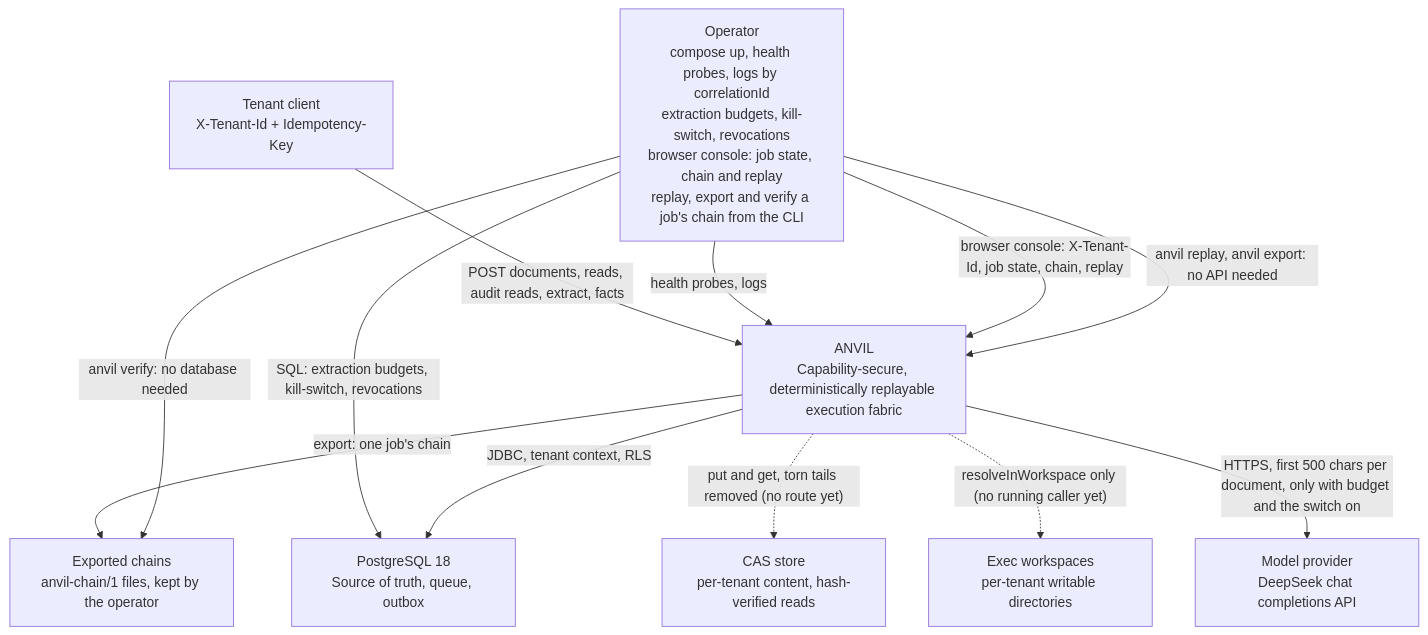
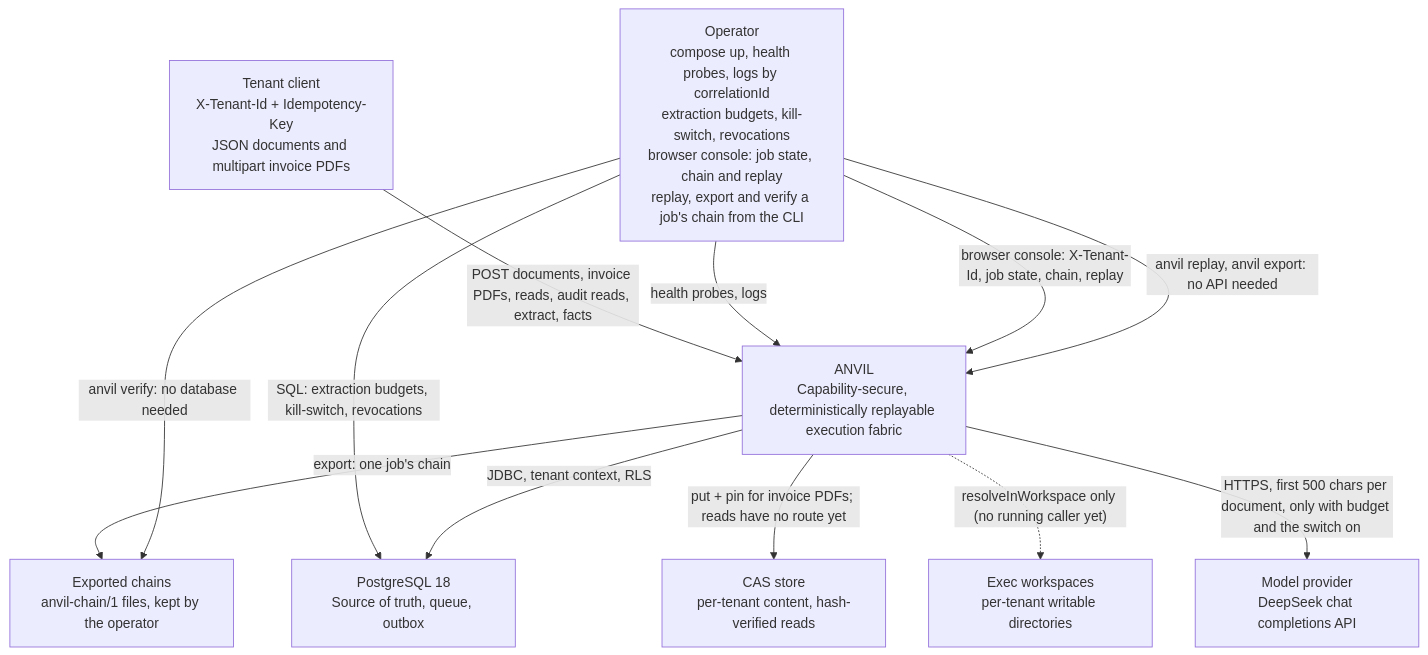
The diagram in docs/architecture/context.mmd (G1DO/anvil), drawn with Mermaid before and after one commit. The commit also changed 15 other files, not shown here.

First line of the commit message:
Accept multipart invoice PDF uploads

```diff
--- a/docs/architecture/context.mmd
+++ b/docs/architecture/context.mmd
@@ -1,20 +1,20 @@
 flowchart TB
-    tenantClient["Tenant client<br/>X-Tenant-Id + Idempotency-Key"]
+    tenantClient["Tenant client<br/>X-Tenant-Id + Idempotency-Key<br/>JSON documents and multipart invoice PDFs"]
     operator["Operator<br/>compose up, health probes, logs by correlationId<br/>extraction budgets, kill-switch, revocations<br/>browser console: job state, chain and replay<br/>replay, export and verify a job's chain from the CLI"]
     anvil["ANVIL<br/>Capability-secure, deterministically replayable execution fabric"]
     postgres["PostgreSQL 18<br/>Source of truth, queue, outbox"]
     casStore["CAS store<br/>per-tenant content, hash-verified reads"]
     execWorkspaces["Exec workspaces<br/>per-tenant writable directories"]
     llm["Model provider<br/>DeepSeek chat completions API"]
     exports["Exported chains<br/>anvil-chain/1 files, kept by the operator"]
-    tenantClient -->|POST documents, reads, audit reads, extract, facts| anvil
+    tenantClient -->|POST documents, invoice PDFs, reads, audit reads, extract, facts| anvil
     operator -->|health probes, logs| anvil
     operator -->|"browser console: X-Tenant-Id, job state, chain, replay"| anvil
     operator -->|SQL: extraction budgets, kill-switch, revocations| postgres
     operator -->|"anvil replay, anvil export: no API needed"| anvil
     anvil -->|"export: one job's chain"| exports
     operator -->|"anvil verify: no database needed"| exports
     anvil -->|JDBC, tenant context, RLS| postgres
-    anvil -.->|"put and get, torn tails removed (no route yet)"| casStore
+    anvil -->|"put + pin for invoice PDFs; reads have no route yet"| casStore
     anvil -.->|"resolveInWorkspace only (no running caller yet)"| execWorkspaces
     anvil -->|HTTPS, first 500 chars per document, only with budget and the switch on| llm
```
